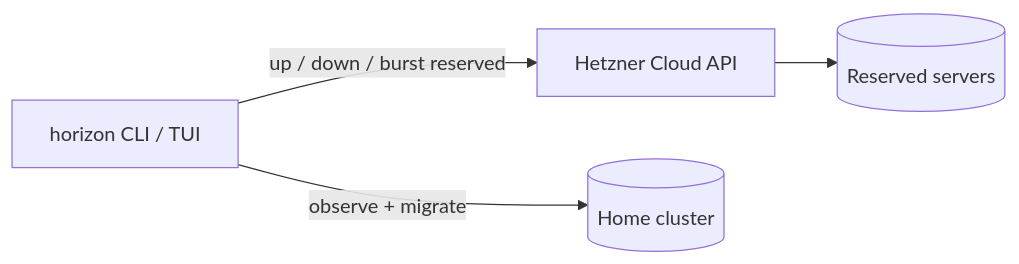
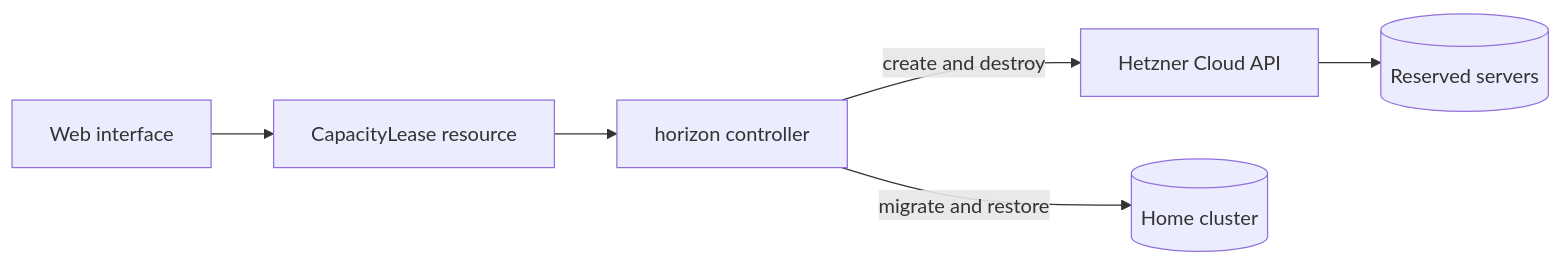
The diagram in README.md (lucawalz/horizon), drawn with Mermaid before and after one commit. The commit also changed other lines of this file and 1 other file, not shown here.

Commit message:
docs: rewrite readme around leased capacity and real install paths

````diff
--- a/README.md
+++ b/README.md
@@ -46,6 +72,8 @@
 ```mermaid
 flowchart LR
-  horizon[horizon CLI / TUI] -->|up / down / burst reserved| hcloud[Hetzner Cloud API]
-  hcloud --> reserved[(Reserved servers)]
-  horizon -->|observe + migrate| cluster[(Home cluster)]
+  lease[CapacityLease resource] --> controller[horizon controller]
+  controller -->|create and destroy| hcloud[Hetzner Cloud API]
+  hcloud --> servers[(Reserved servers)]
+  controller -->|migrate and restore| cluster[(Home cluster)]
+  web[Web interface] --> lease
 ```
````
